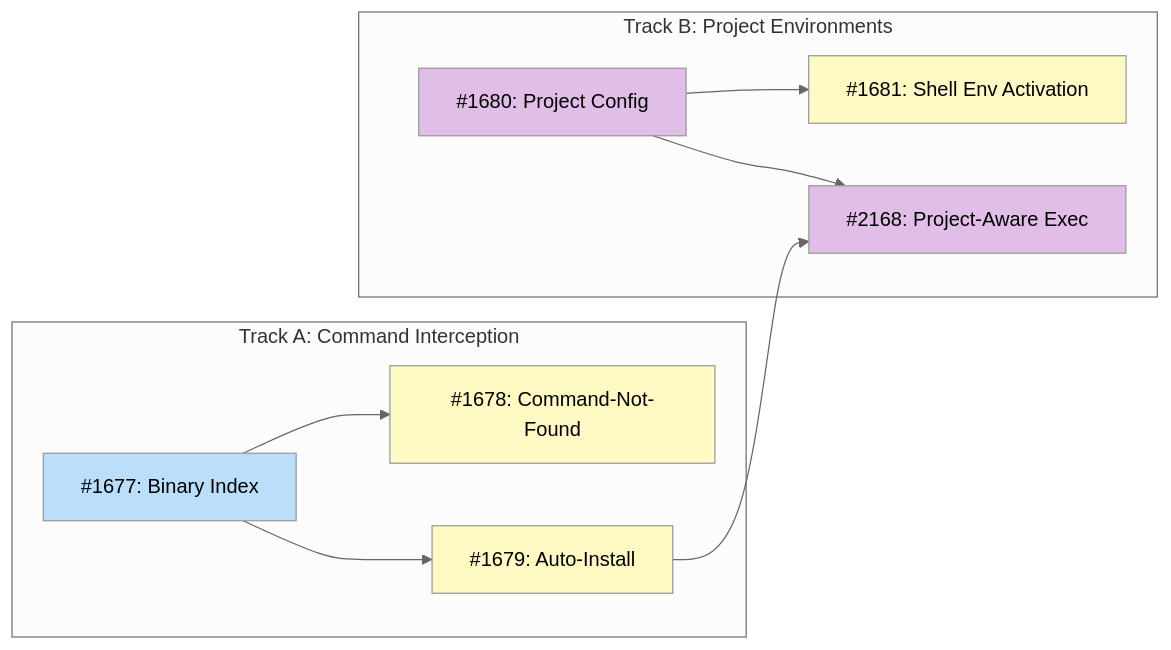
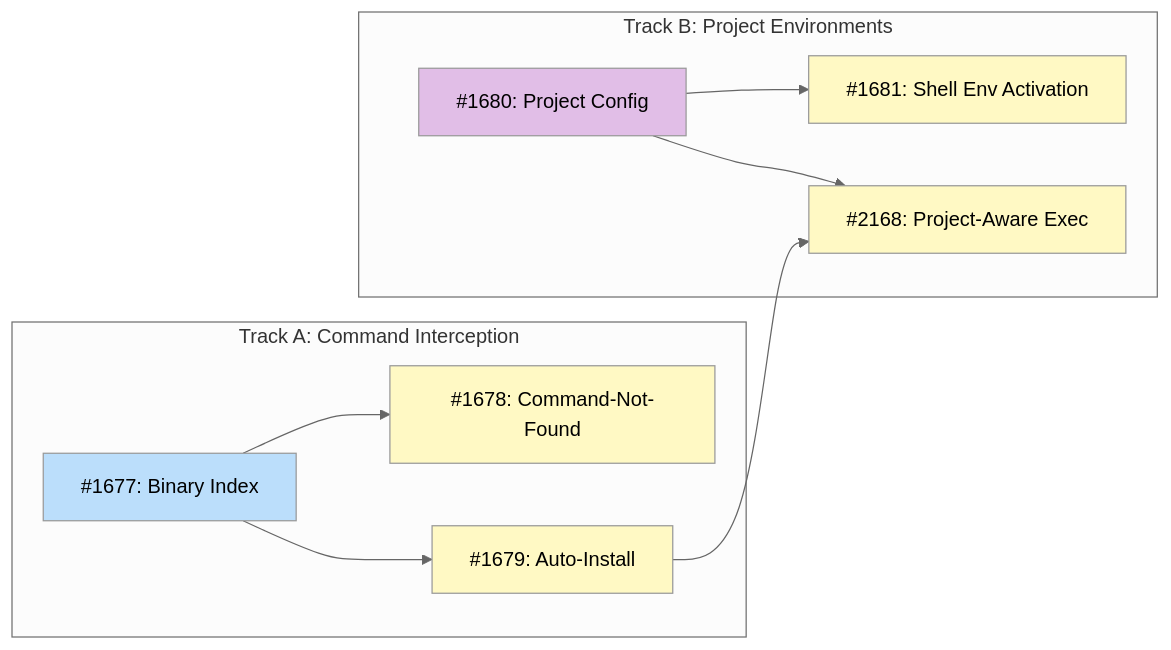
One commit to tsukumogami/tsuku changed the diagram in docs/designs/DESIGN-shell-integration-building-blocks.md. Above: the diagram before and after it, drawn with Mermaid (neutral theme).

Commit message:
fix(design): correct I2168 diagram class to blocked (has open dependencies)

````diff
--- a/docs/designs/DESIGN-shell-integration-building-blocks.md
+++ b/docs/designs/DESIGN-shell-integration-building-blocks.md
@@ -38,30 +38,29 @@
 ```mermaid
 graph LR
     subgraph TrackA["Track A: Command Interception"]
         I1677["#1677: Binary Index"]
         I1678["#1678: Command-Not-Found"]
         I1679["#1679: Auto-Install"]
     end
 
     subgraph TrackB["Track B: Project Environments"]
         I1680["#1680: Project Config"]
         I1681["#1681: Shell Env Activation"]
         I2168["#2168: Project-Aware Exec"]
     end
 
     I1677 --> I1678
     I1677 --> I1679
     I1680 --> I1681
     I1679 --> I2168
     I1680 --> I2168
 
     classDef done fill:#c8e6c9
     classDef ready fill:#bbdefb
     classDef blocked fill:#fff9c4
     classDef needsDesign fill:#e1bee7
 
     class I1677 ready
     class I1680 needsDesign
-    class I1678,I1679,I1681 blocked
-    class I2168 needsDesign
+    class I1678,I1679,I1681,I2168 blocked
 ```
````
